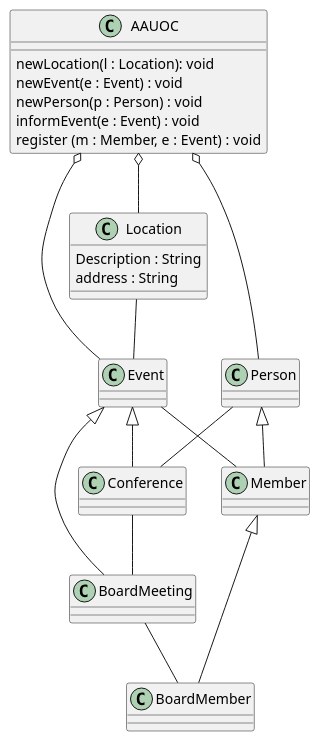
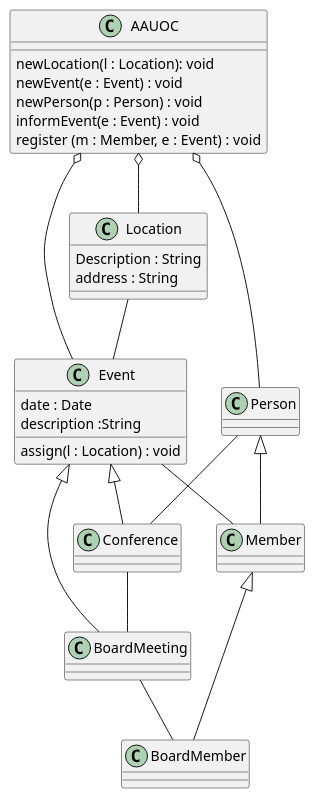
The diagram in src/UOC.puml (DaniJorCa/UMLDanielJordanCarre-o), drawn with PlantUML before and after one commit.

Commit message:
Atributos y metodos Event

```diff
--- a/src/UOC.puml
+++ b/src/UOC.puml
@@ -1,35 +1,41 @@
 @startuml
 
 
 Conference -- BoardMeeting
 Event <|-- Conference
 Event <|-- BoardMeeting
 
 Person <|-- Member
 Member <|-- BoardMember
 
 Person -- Conference
 BoardMeeting -- BoardMember
 Event -- Member
 Location -- Event
 
 AAUOC o-- Person
 AAUOC o-- Event
 AAUOC o-- Location
 
 class AAUOC{
 newLocation(l : Location): void
 newEvent(e : Event) : void
 newPerson(p : Person) : void
 informEvent(e : Event) : void
 register (m : Member, e : Event) : void
 }
 
 class Location{
 Description : String
 address : String
 }
 
+class Event{
+date : Date
+description :String
+assign(l : Location) : void
+
+}
 
 
 @enduml
```
